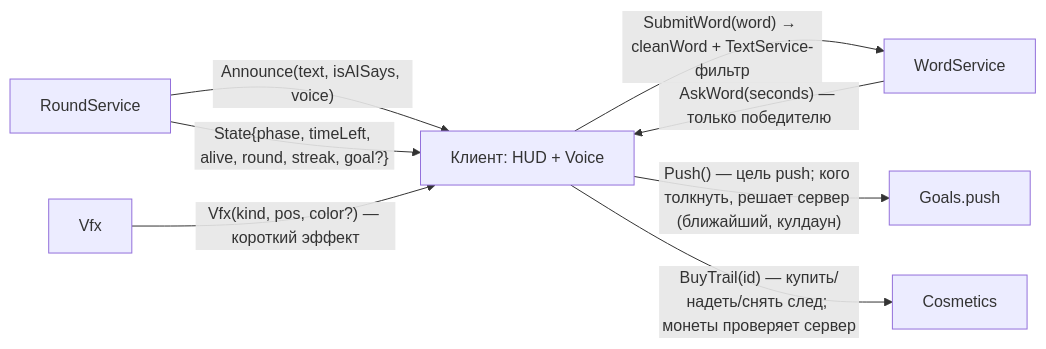
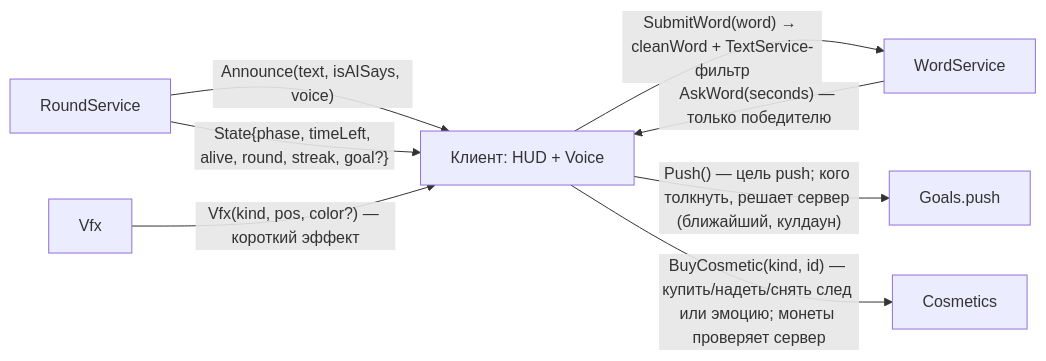
The second of 3 diagrams in docs/GRAPH.md (HageZERO2/AI-SAYS), drawn with Mermaid before and after one commit. The commit also changed other lines of this file and 10 other files, not shown here.

````diff
--- a/docs/GRAPH.md
+++ b/docs/GRAPH.md
@@ -57,10 +57,10 @@
 ```mermaid
 graph LR
   RS[RoundService] -- "Announce(text, isAISays, voice)" --> C[Клиент: HUD + Voice]
   RS -- "State{phase, timeLeft, alive, round, streak, goal?}" --> C
   WS[WordService] -- "AskWord(seconds) — только победителю" --> C
   C -- "SubmitWord(word) → cleanWord + TextService-фильтр" --> WS
   VX[Vfx] -- "Vfx(kind, pos, color?) — короткий эффект" --> C
   C -- "Push() — цель push; кого толкнуть, решает сервер (ближайший, кулдаун)" --> G[Goals.push]
-  C -- "BuyTrail(id) — купить/надеть/снять след; монеты проверяет сервер" --> CO[Cosmetics]
+  C -- "BuyCosmetic(kind, id) — купить/надеть/снять след или эмоцию; монеты проверяет сервер" --> CO[Cosmetics]
 ```
````
